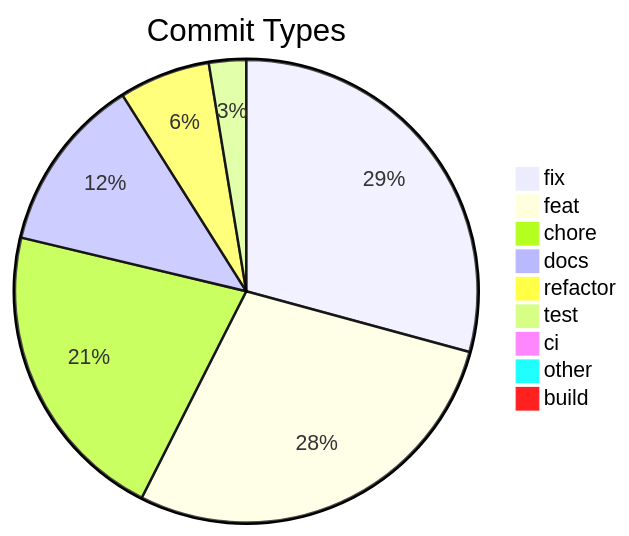
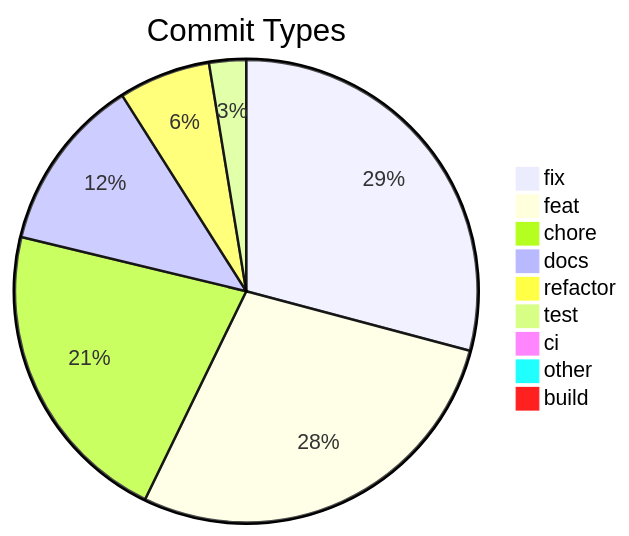
Before and after one commit to svenroth-ai/shipwright: the diagram in .shipwright/compliance/change-history.md, drawn with Mermaid. The commit also changed other lines of this file and 46 other files, not shown here.

````diff
--- a/.shipwright/compliance/change-history.md
+++ b/.shipwright/compliance/change-history.md
@@ -9,12 +9,12 @@
 ```mermaid
 pie title Commit Types
-    "fix" : 349
+    "fix" : 350
     "feat" : 337
-    "chore" : 254
+    "chore" : 259
     "docs" : 147
-    "refactor" : 76
+    "refactor" : 77
     "test" : 31
     "ci" : 11
     "other" : 9
     "build" : 1
 ```
````
